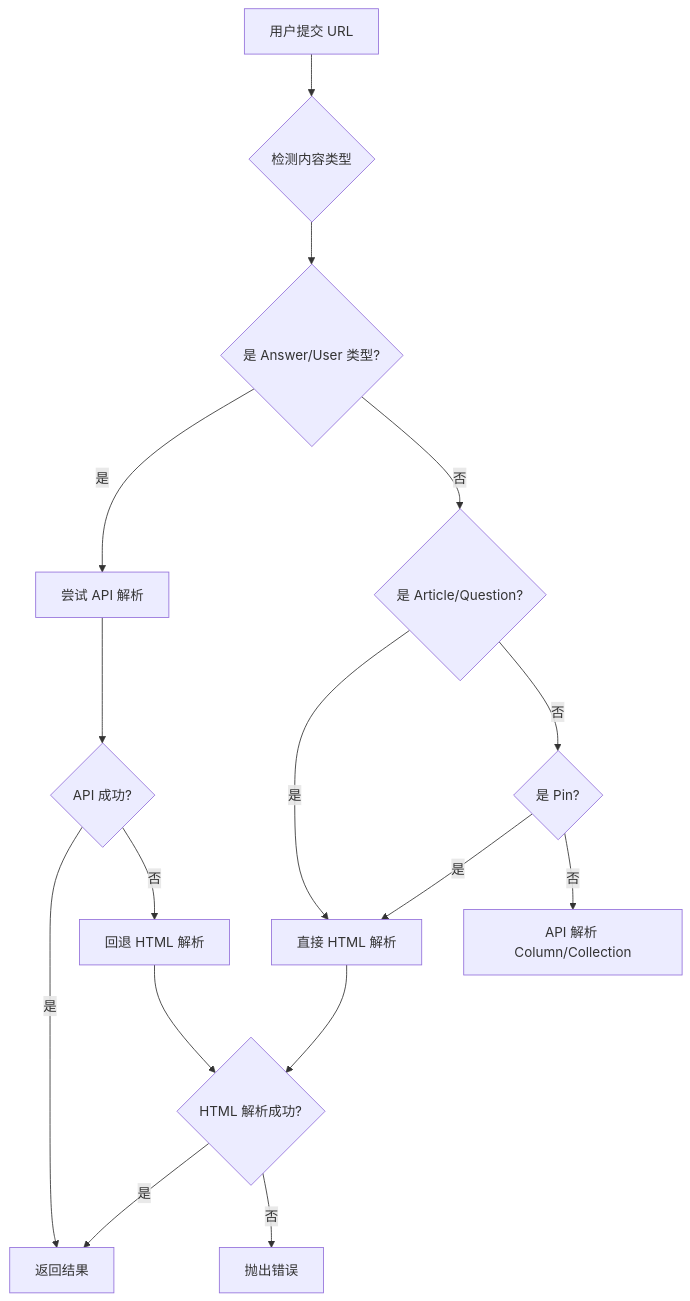
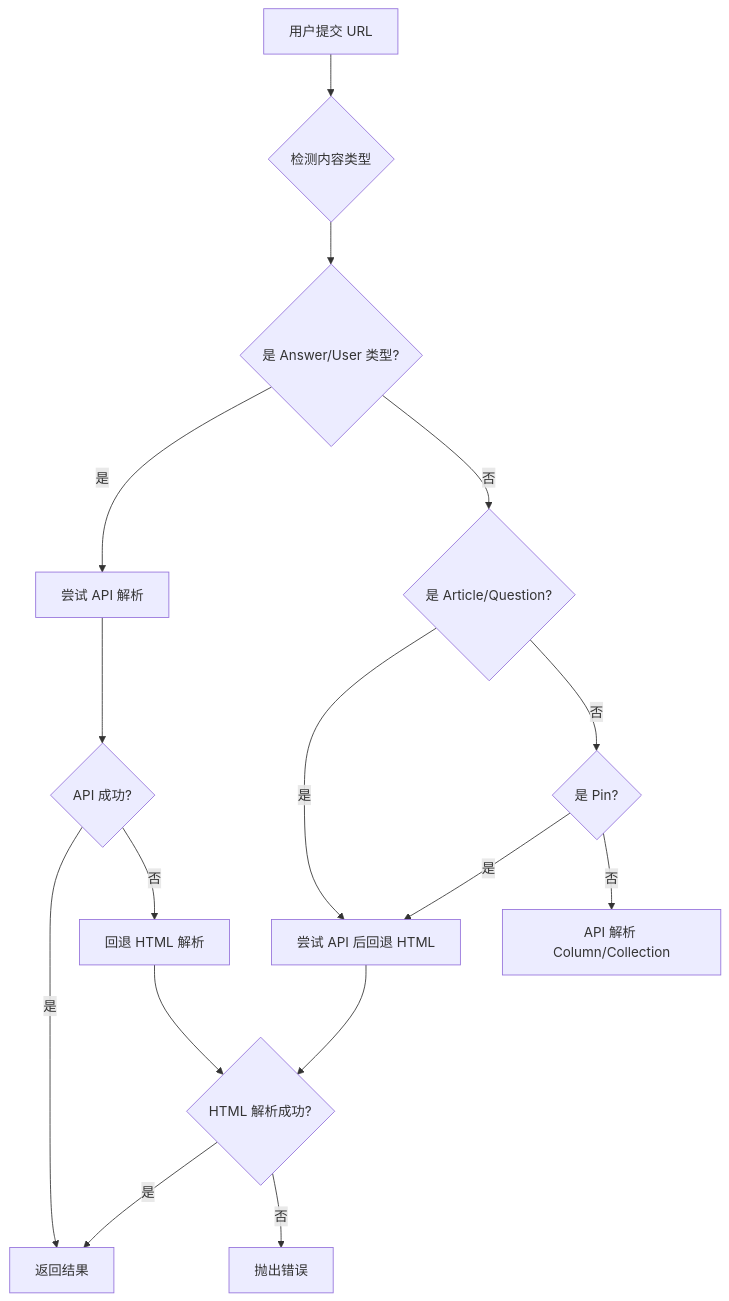
Before and after one commit to ienone/VaultStream: the diagram in docs/knowledges/adapters/ZHIHU_ADAPTER.md, drawn with Mermaid. The commit also changed other lines of this file and 8 other files, not shown here.

````diff
--- a/docs/knowledges/adapters/ZHIHU_ADAPTER.md
+++ b/docs/knowledges/adapters/ZHIHU_ADAPTER.md
@@ -119,20 +116,20 @@
 ```mermaid
 graph TD
     A[用户提交 URL] --> B{检测内容类型}
     B --> C{是 Answer/User 类型?}
     C -->|是| D[尝试 API 解析]
     D --> E{API 成功?}
     E -->|是| F[返回结果]
     E -->|否| G[回退 HTML 解析]
     
     C -->|否| H{是 Article/Question?}
-    H -->|是| I[直接 HTML 解析]
+    H -->|是| I[尝试 API 后回退 HTML]
     H -->|否| J{是 Pin?}
     J -->|是| I
     J -->|否| K[API 解析 Column/Collection]
     
     G --> L{HTML 解析成功?}
     I --> L
     L -->|是| F
     L -->|否| M[抛出错误]
 ```
````
